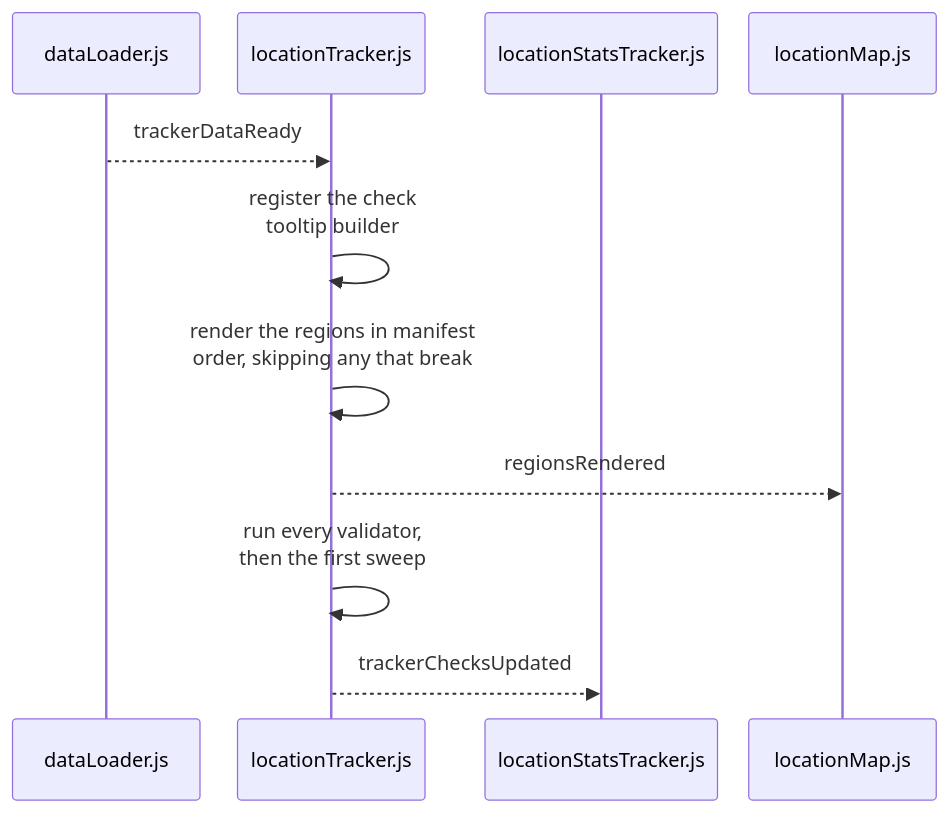
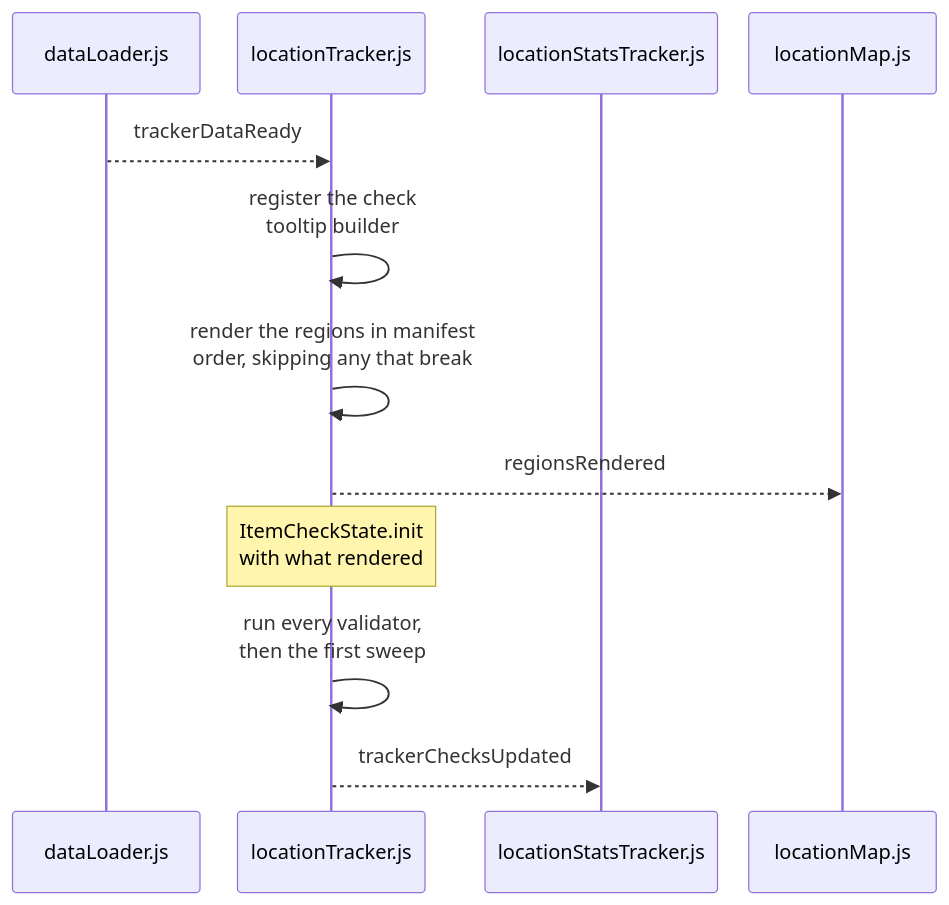
One commit to GonzaloJMora/mm3drTracker changed diagram 17 of 20 in documentation/architecture-diagram.md. Above: the diagram before and after it, drawn with Mermaid. The commit also changed other lines of this file and 72 other files, not shown here.

````diff
--- a/documentation/architecture-diagram.md
+++ b/documentation/architecture-diagram.md
@@ -354,15 +465,16 @@
 ```mermaid
 %%{init: {"sequence": {"actorMargin": 25}}}%%
 sequenceDiagram
     participant DL as dataLoader.js
     participant LT as locationTracker.js
     participant LST as locationStatsTracker.js
     participant LM as locationMap.js
 
     DL-->>LT: trackerDataReady
     LT->>LT: register the check<br/>tooltip builder
     LT->>LT: render the regions in manifest<br/>order, skipping any that break
     LT-->>LM: regionsRendered
+    Note over LT: ItemCheckState.init<br/>with what rendered
     LT->>LT: run every validator,<br/>then the first sweep
     LT-->>LST: trackerChecksUpdated
 ```
````
